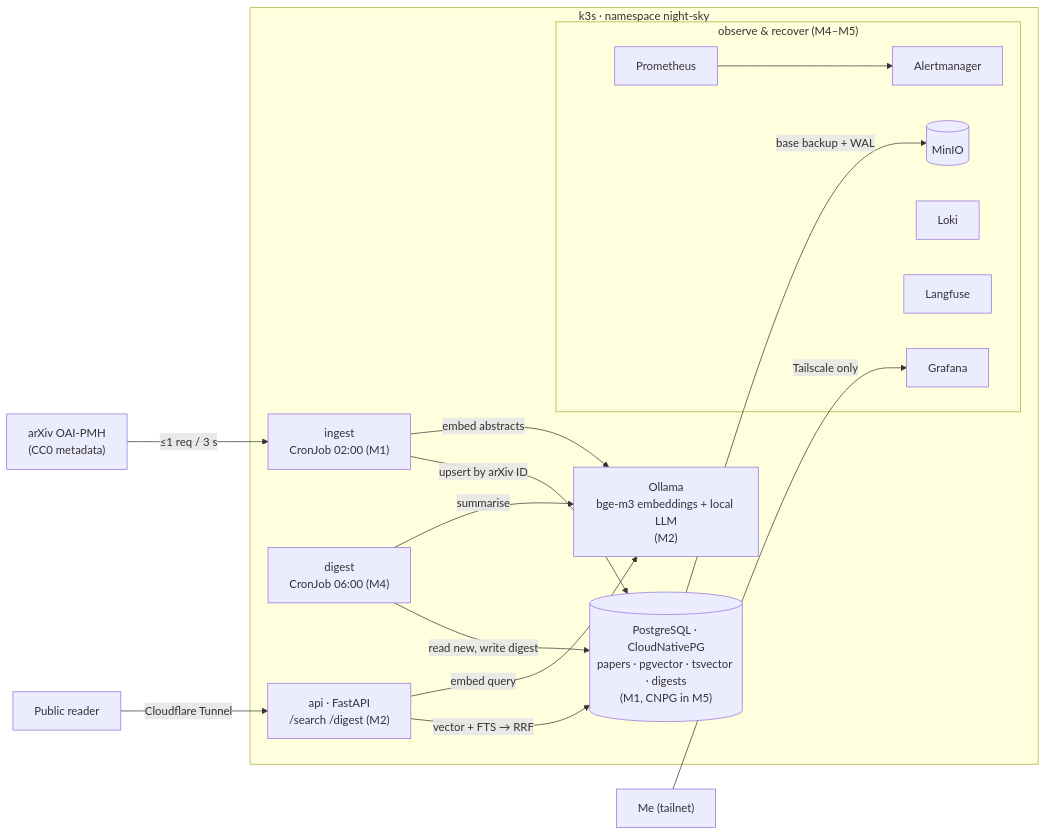
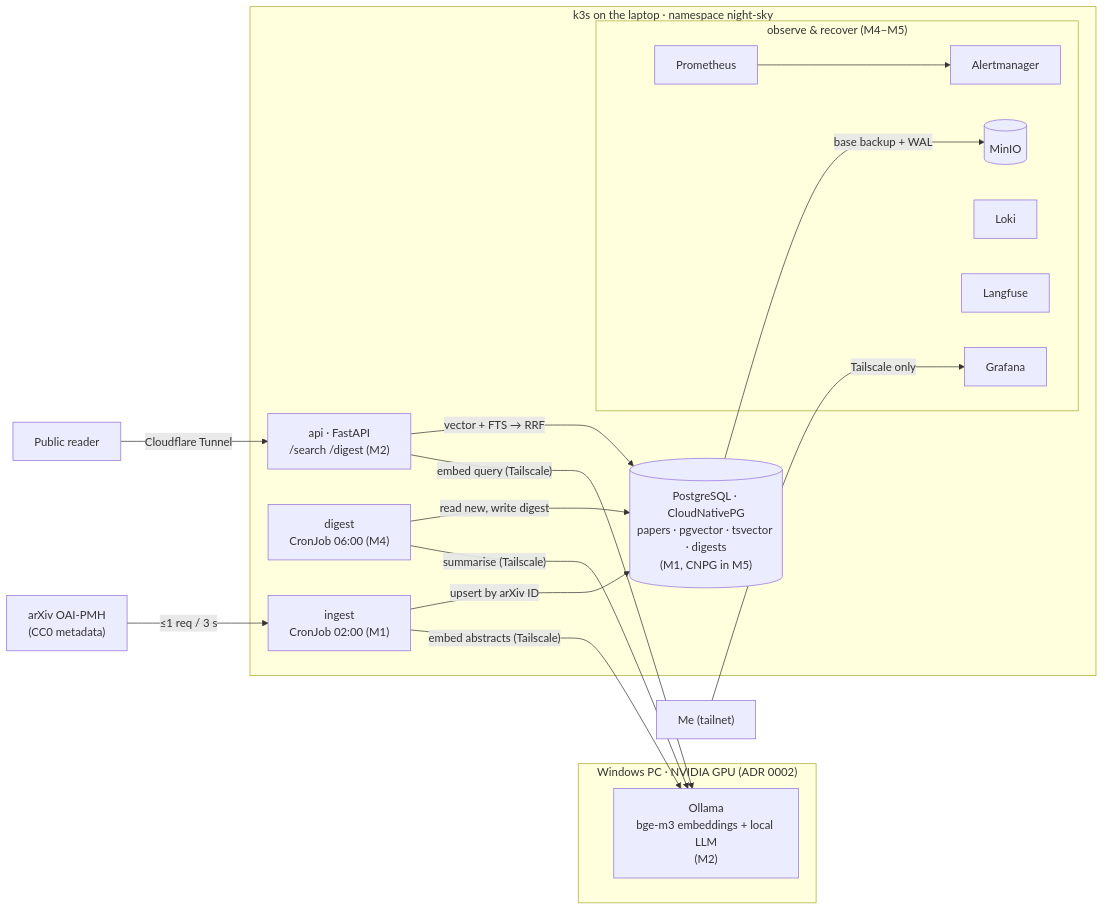
Before and after one commit to tmukh/night-sky-digest: the first of 2 diagrams in README.md, drawn with Mermaid. The commit also changed 2 other files, not shown here.

Commit message:
ADR 0002: Ollama on the Windows PC's GPU (#3)
Ollama runs on the Windows desktop's GPU, reached from k3s over Tailscale. Diagrams updated; the PC becomes a dependency of the freshness SLO.

````diff
--- a/README.md
+++ b/README.md
@@ -19,32 +19,35 @@
 ```mermaid
 flowchart LR
     arxiv["arXiv OAI-PMH<br/>(CC0 metadata)"]
     reader["Public reader"]
     me["Me (tailnet)"]
 
-    subgraph k3s["k3s · namespace night-sky"]
+    subgraph win["Windows PC · NVIDIA GPU (ADR 0002)"]
         ollama["Ollama<br/>bge-m3 embeddings + local LLM<br/>(M2)"]
+    end
+
+    subgraph k3s["k3s on the laptop · namespace night-sky"]
         ingest["ingest<br/>CronJob 02:00 (M1)"]
         digest["digest<br/>CronJob 06:00 (M4)"]
         api["api · FastAPI<br/>/search /digest (M2)"]
         pg[("PostgreSQL · CloudNativePG<br/>papers · pgvector · tsvector · digests<br/>(M1, CNPG in M5)")]
         subgraph obs["observe & recover (M4–M5)"]
             prom[Prometheus] --> am[Alertmanager]
             graf[Grafana]
             loki[Loki]
             lf[Langfuse]
             minio[(MinIO)]
         end
     end
 
     arxiv -- "≤1 req / 3 s" --> ingest
-    ingest -- "embed abstracts" --> ollama
-    digest -- "summarise" --> ollama
-    api -- "embed query" --> ollama
+    ingest -- "embed abstracts (Tailscale)" --> ollama
+    digest -- "summarise (Tailscale)" --> ollama
+    api -- "embed query (Tailscale)" --> ollama
     ingest -- "upsert by arXiv ID" --> pg
     digest -- "read new, write digest" --> pg
     api -- "vector + FTS → RRF" --> pg
     pg -- "base backup + WAL" --> minio
     reader -- "Cloudflare Tunnel" --> api
     me -- "Tailscale only" --> graf
 ```
````
